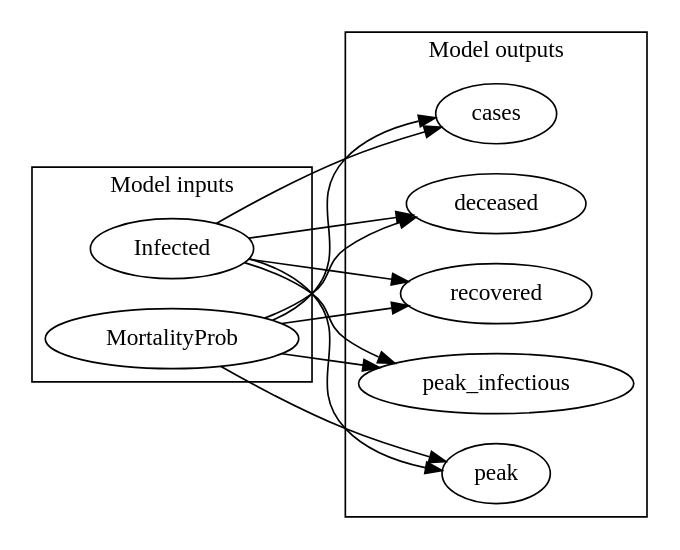
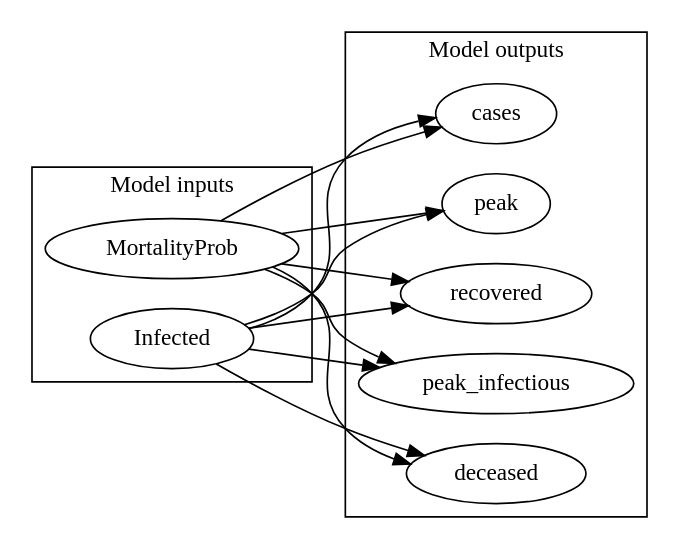
The diagram in scenarios/influenza1918/dags/influenza1918_abstract.dot (CITCOM-project/causcumber), drawn with Graphviz before and after one commit. The commit also changed other lines of this file and 2 other files, not shown here.

```diff
--- a/scenarios/influenza1918/dags/influenza1918_abstract.dot
+++ b/scenarios/influenza1918/dags/influenza1918_abstract.dot
@@ -1,28 +1,28 @@
 digraph "" {
 	graph [newrank=True,
 		rankdir=LR
 	];
 	subgraph cluster_inputs {
 		graph [label="Model inputs"];
+		MortalityProb;
 		Infected;
-		MortalityProb;
 	}
 	subgraph cluster_outputs {
 		graph [label="Model outputs"];
 		peak_infectious;
+		deceased;
+		cases;
 		peak;
-		cases;
-		deceased;
 		recovered;
 	}
+	MortalityProb -> peak_infectious;
+	MortalityProb -> deceased;
+	MortalityProb -> cases;
+	MortalityProb -> peak;
+	MortalityProb -> recovered;
 	Infected -> peak_infectious;
+	Infected -> deceased;
+	Infected -> cases;
 	Infected -> peak;
-	Infected -> cases;
-	Infected -> deceased;
 	Infected -> recovered;
-	MortalityProb -> peak_infectious;
-	MortalityProb -> peak;
-	MortalityProb -> cases;
-	MortalityProb -> deceased;
-	MortalityProb -> recovered;
 }
```
